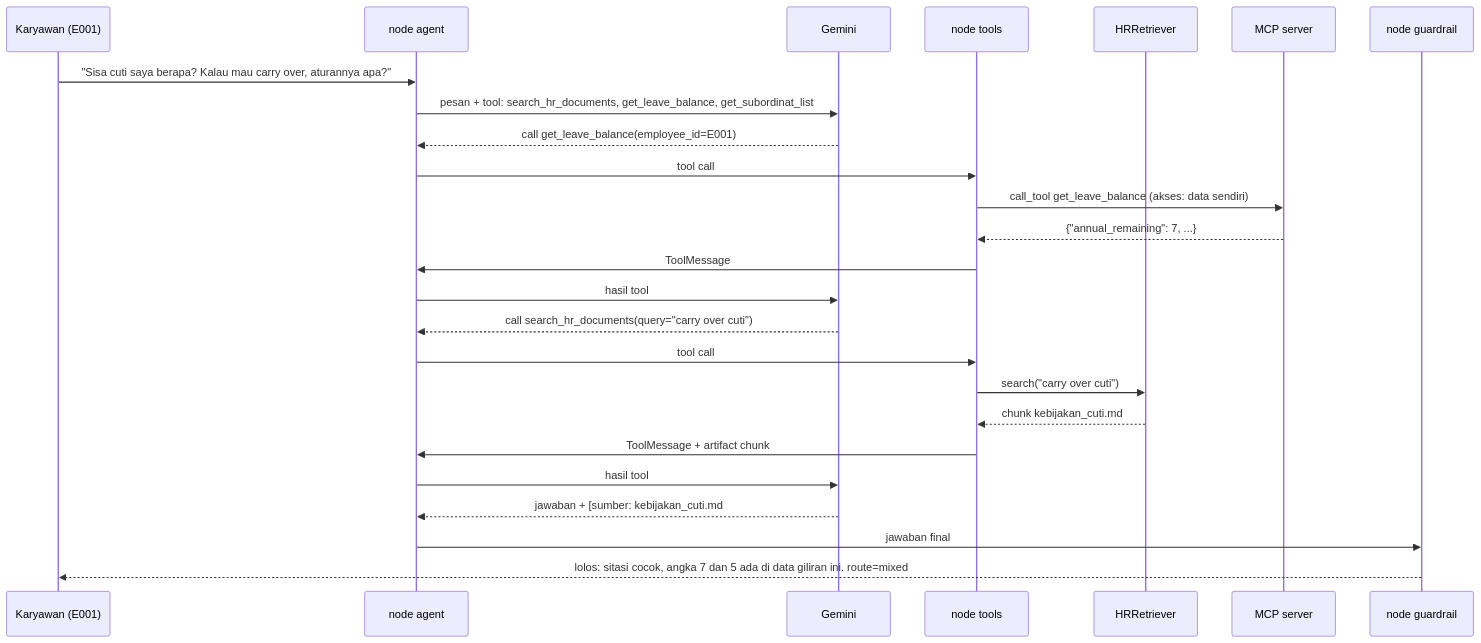
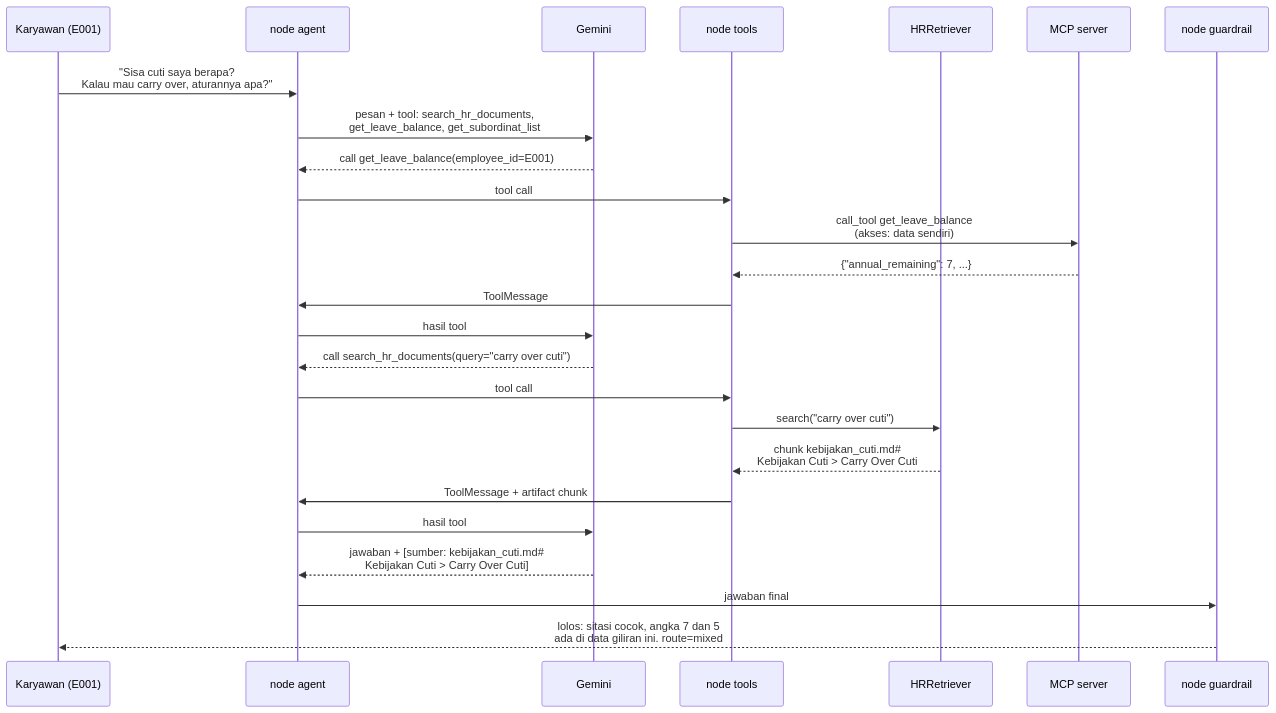
The second of 2 diagrams in README.md (akmalmzkki25/hr-assistant-rag-mcp), drawn with Mermaid before and after one commit.

Commit message:
docs: readable sequence diagram (escape #, wrap long messages)

````diff
--- a/README.md
+++ b/README.md
@@ -108,28 +108,28 @@
 ```mermaid
 sequenceDiagram
     participant U as Karyawan (E001)
     participant A as node agent
     participant G as Gemini
     participant T as node tools
     participant R as HRRetriever
     participant M as MCP server
     participant V as node guardrail
 
-    U->>A: "Sisa cuti saya berapa? Kalau mau carry over, aturannya apa?"
-    A->>G: pesan + tool: search_hr_documents, get_leave_balance, get_subordinat_list
+    U->>A: "Sisa cuti saya berapa?<br/>Kalau mau carry over, aturannya apa?"
+    A->>G: pesan + tool: search_hr_documents,<br/>get_leave_balance, get_subordinat_list
     G-->>A: call get_leave_balance(employee_id=E001)
     A->>T: tool call
-    T->>M: call_tool get_leave_balance (akses: data sendiri)
+    T->>M: call_tool get_leave_balance<br/>(akses: data sendiri)
     M-->>T: {"annual_remaining": 7, ...}
     T->>A: ToolMessage
     A->>G: hasil tool
     G-->>A: call search_hr_documents(query="carry over cuti")
     A->>T: tool call
     T->>R: search("carry over cuti")
-    R-->>T: chunk kebijakan_cuti.md#Kebijakan Cuti > Carry Over Cuti
+    R-->>T: chunk kebijakan_cuti.md#35;<br/>Kebijakan Cuti > Carry Over Cuti
     T->>A: ToolMessage + artifact chunk
     A->>G: hasil tool
-    G-->>A: jawaban + [sumber: kebijakan_cuti.md#Kebijakan Cuti > Carry Over Cuti]
+    G-->>A: jawaban + [sumber: kebijakan_cuti.md#35;<br/>Kebijakan Cuti > Carry Over Cuti]
     A->>V: jawaban final
-    V-->>U: lolos: sitasi cocok, angka 7 dan 5 ada di data giliran ini. route=mixed
+    V-->>U: lolos: sitasi cocok, angka 7 dan 5<br/>ada di data giliran ini. route=mixed
 ```
````
